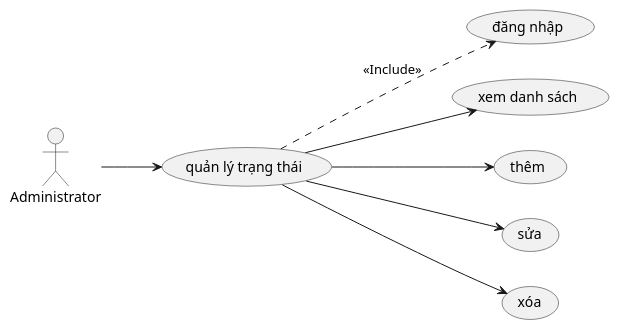
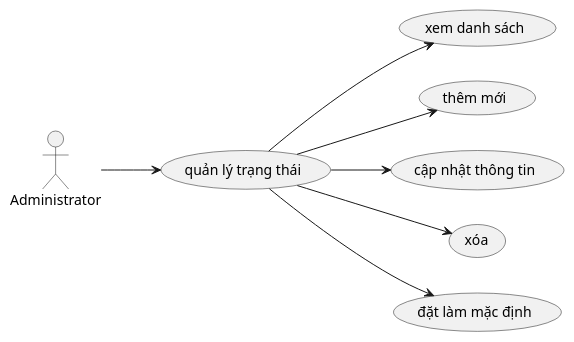
The diagram in docs/use-cases/05_quan_ly_trang_thai.md (docuong039/worksphere), drawn with PlantUML before and after one commit. The commit also changed 26 other files, not shown here.

Commit message:
update diagram

````diff
--- a/docs/use-cases/05_quan_ly_trang_thai.md
+++ b/docs/use-cases/05_quan_ly_trang_thai.md
@@ -5,25 +5,24 @@
 ```plantuml
 @startuml
 left to right direction
 actor "Administrator" as Admin
 
-usecase "đăng nhập" as UC_Login
 usecase "quản lý trạng thái" as UC_ManageStatus
 
 ' Các use case con
 usecase "xem danh sách" as UC01
-usecase "thêm" as UC02
-usecase "sửa" as UC03
+usecase "thêm mới" as UC02
+usecase "cập nhật thông tin" as UC03
 usecase "xóa" as UC04
+usecase "đặt làm mặc định" as UC05
 
 Admin --> UC_ManageStatus
 
 UC_ManageStatus --> UC01
 UC_ManageStatus --> UC02
 UC_ManageStatus --> UC03
 UC_ManageStatus --> UC04
-
-UC_ManageStatus ..> UC_Login : <<Include>>
+UC_ManageStatus --> UC05
 
 @enduml
 ```
````
